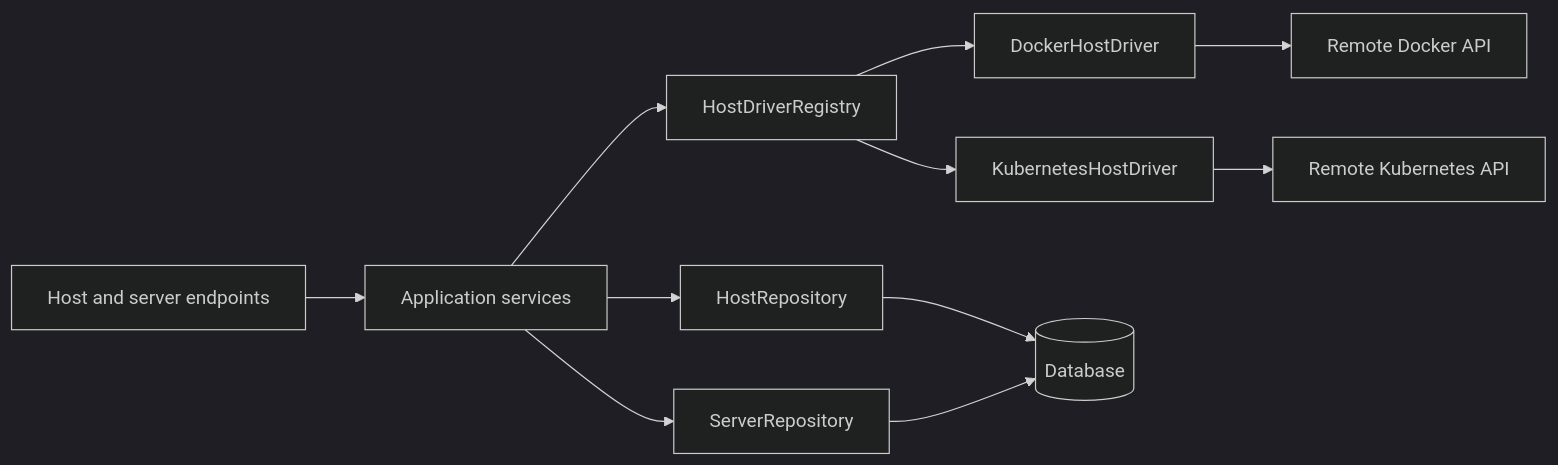
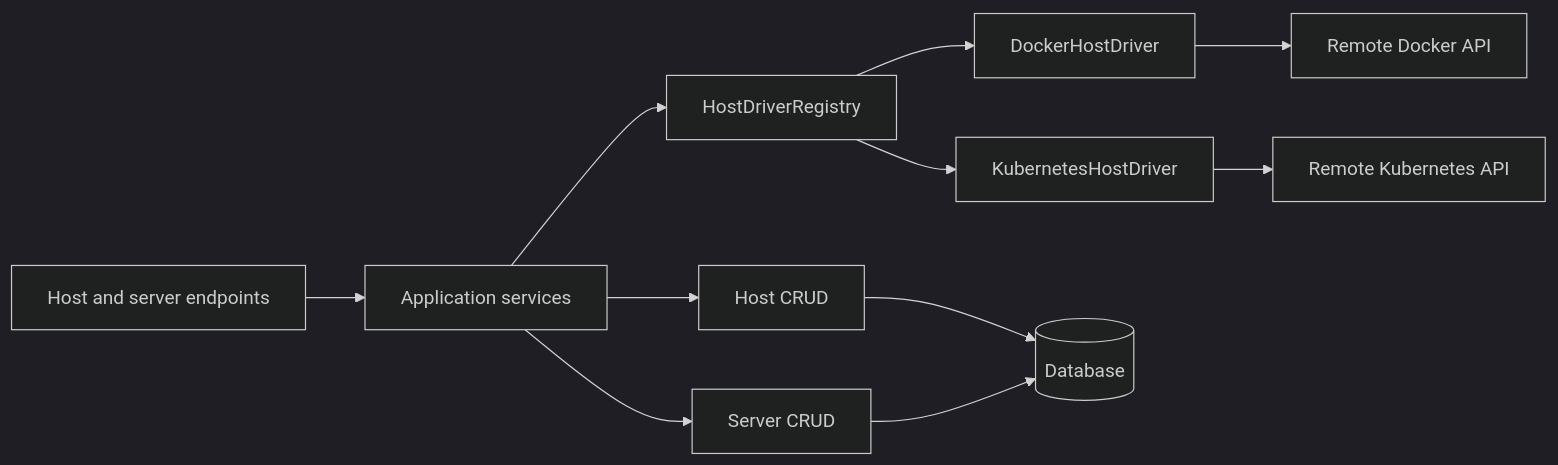
One commit to ewbrowntech/Fourdrinier changed the second of 2 diagrams in docs/host-architecture.md. Above: the diagram before and after it, drawn with Mermaid (dark theme). The commit also changed other lines of this file and 28 other files, not shown here.

Commit message:
Host service CRUD pattern

````diff
--- a/docs/host-architecture.md
+++ b/docs/host-architecture.md
@@ -232,20 +233,20 @@
 ```mermaid
 flowchart LR
     API[Host and server endpoints]
     SVC[Application services]
-    HR[HostRepository]
-    SR[ServerRepository]
+    HC[Host CRUD]
+    SC[Server CRUD]
     REG[HostDriverRegistry]
     DD[DockerHostDriver]
     KD[KubernetesHostDriver]
     DB[(Database)]
     DOCKER[Remote Docker API]
     K8S[Remote Kubernetes API]
 
     API --> SVC
-    SVC --> HR --> DB
-    SVC --> SR --> DB
+    SVC --> HC --> DB
+    SVC --> SC --> DB
     SVC --> REG
     REG --> DD --> DOCKER
     REG --> KD --> K8S
 ```
````
